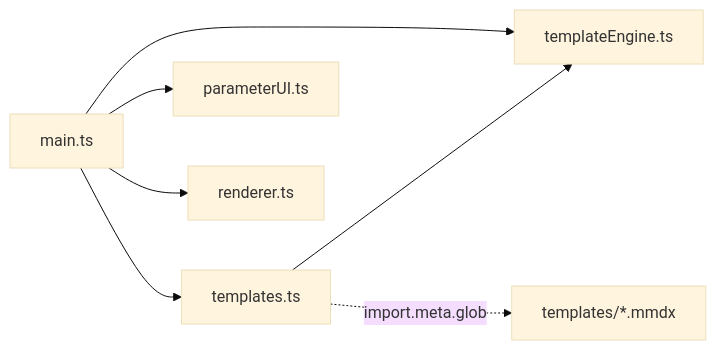
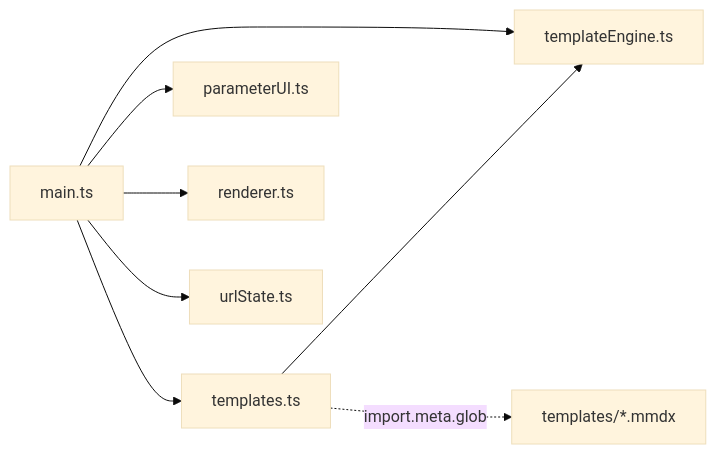
One commit to smithco-pro/parametric-diagrams changed the first of 2 diagrams in docs/architecture/overview.md. Above: the diagram before and after it, drawn with Mermaid (base theme). The commit also changed other lines of this file and 5 other files, not shown here.

````diff
--- a/docs/architecture/overview.md
+++ b/docs/architecture/overview.md
@@ -7,9 +7,10 @@
 ```mermaid
 graph LR
     main[main.ts] --> templates[templates.ts]
     main --> parameterUI[parameterUI.ts]
     main --> renderer[renderer.ts]
     main --> templateEngine[templateEngine.ts]
+    main --> urlState[urlState.ts]
     templates --> templateEngine
     templates -.->|import.meta.glob| mmdx[templates/*.mmdx]
 ```
````
